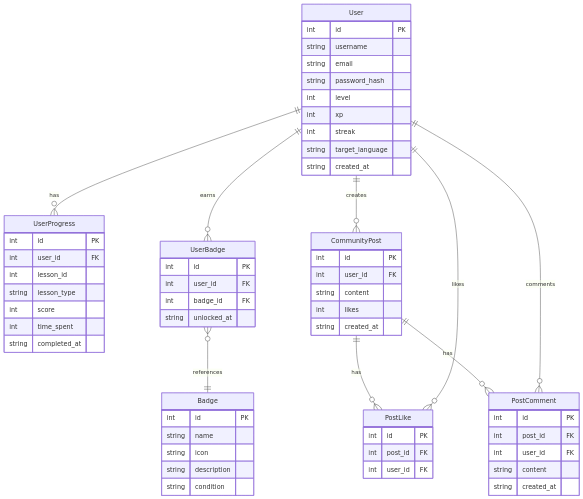
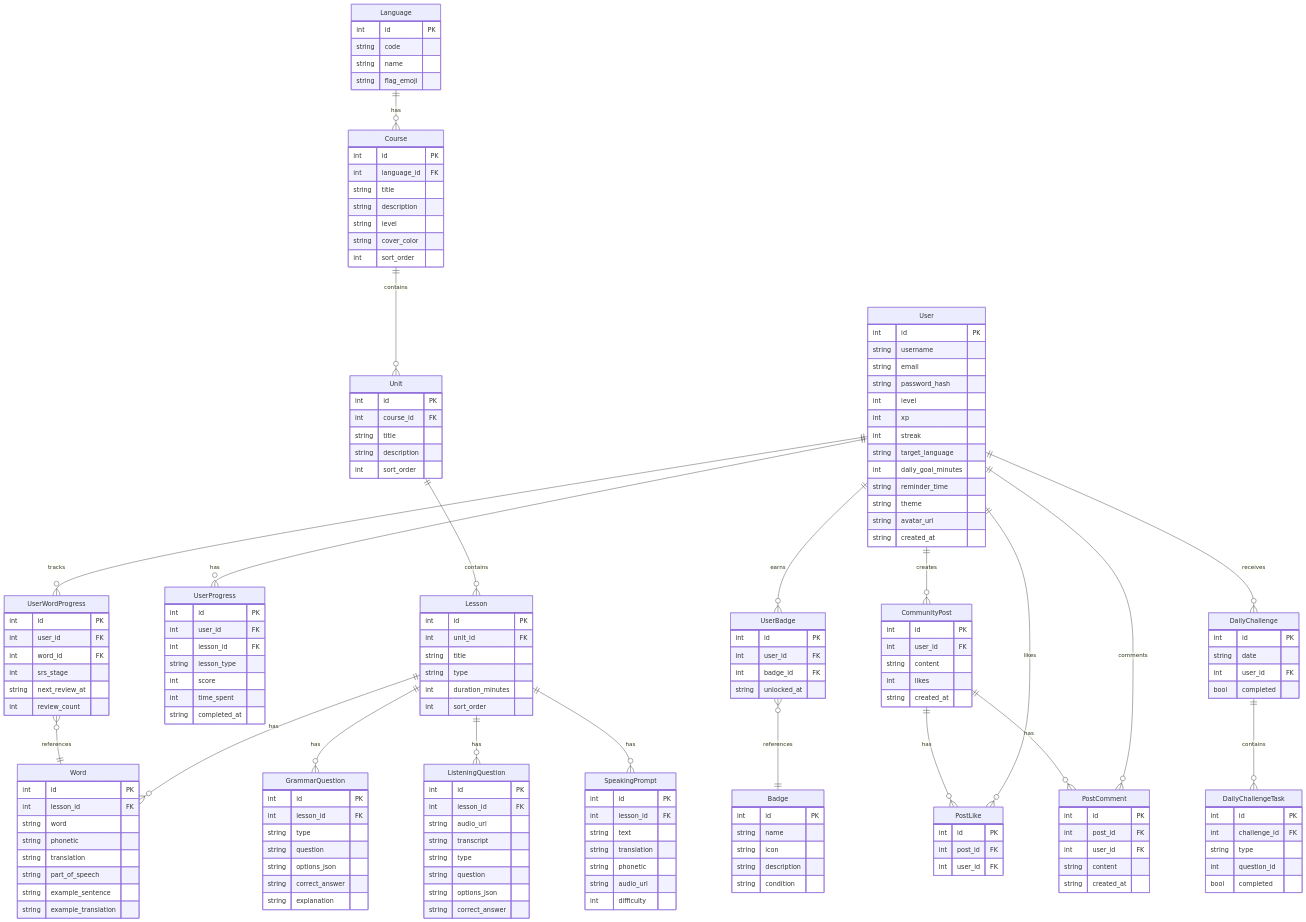
Before and after one commit to wukundaatt/language_tutor: the third of 3 diagrams in .trae/documents/technical-architecture.md, drawn with Mermaid. The commit also changed other lines of this file and 67 other files, not shown here.

```diff
--- a/.trae/documents/technical-architecture.md
+++ b/.trae/documents/technical-architecture.md
@@ -161,22 +182,109 @@
         int xp
         int streak
         string target_language
+        int daily_goal_minutes
+        string reminder_time
+        string theme
+        string avatar_url
         string created_at
+    }
+    Language {
+        int id PK
+        string code
+        string name
+        string flag_emoji
+    }
+    Course {
+        int id PK
+        int language_id FK
+        string title
+        string description
+        string level
+        string cover_color
+        int sort_order
+    }
+    Unit {
+        int id PK
+        int course_id FK
+        string title
+        string description
+        int sort_order
+    }
+    Lesson {
+        int id PK
+        int unit_id FK
+        string title
+        string type
+        int duration_minutes
+        int sort_order
+    }
+    Word {
+        int id PK
+        int lesson_id FK
+        string word
+        string phonetic
+        string translation
+        string part_of_speech
+        string example_sentence
+        string example_translation
+    }
+    GrammarQuestion {
+        int id PK
+        int lesson_id FK
+        string type
+        string question
+        string options_json
+        string correct_answer
+        string explanation
+    }
+    ListeningQuestion {
+        int id PK
+        int lesson_id FK
+        string audio_url
+        string transcript
+        string type
+        string question
+        string options_json
+        string correct_answer
+    }
+    SpeakingPrompt {
+        int id PK
+        int lesson_id FK
+        string text
+        string translation
+        string phonetic
+        string audio_url
+        int difficulty
     }
     UserProgress {
         int id PK
         int user_id FK
-        int lesson_id
+        int lesson_id FK
         string lesson_type
         int score
         int time_spent
         string completed_at
     }
-    UserBadge {
+    UserWordProgress {
         int id PK
         int user_id FK
-        int badge_id FK
-        string unlocked_at
+        int word_id FK
+        int srs_stage
+        string next_review_at
+        int review_count
+    }
+    DailyChallenge {
+        int id PK
+        string date
+        int user_id FK
+        bool completed
+    }
+    DailyChallengeTask {
+        int id PK
+        int challenge_id FK
+        string type
+        int question_id
+        bool completed
     }
     Badge {
         int id PK
@@ -184,6 +292,12 @@
         string icon
         string description
         string condition
+    }
+    UserBadge {
+        int id PK
+        int user_id FK
+        int badge_id FK
+        string unlocked_at
     }
     CommunityPost {
         int id PK
@@ -205,9 +319,20 @@
         string created_at
     }
     User ||--o{ UserProgress : "has"
+    User ||--o{ UserWordProgress : "tracks"
+    UserWordProgress }o--|| Word : "references"
     User ||--o{ UserBadge : "earns"
     UserBadge }o--|| Badge : "references"
     User ||--o{ CommunityPost : "creates"
+    User ||--o{ DailyChallenge : "receives"
+    DailyChallenge ||--o{ DailyChallengeTask : "contains"
+    Language ||--o{ Course : "has"
+    Course ||--o{ Unit : "contains"
+    Unit ||--o{ Lesson : "contains"
+    Lesson ||--o{ Word : "has"
+    Lesson ||--o{ GrammarQuestion : "has"
+    Lesson ||--o{ ListeningQuestion : "has"
+    Lesson ||--o{ SpeakingPrompt : "has"
     CommunityPost ||--o{ PostLike : "has"
     CommunityPost ||--o{ PostComment : "has"
     User ||--o{ PostLike : "likes"
```
